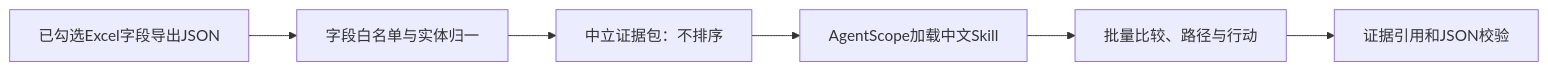
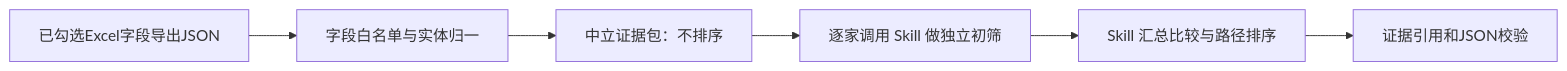
One commit to Zoey0X208/IPO-Agent changed the diagram in README.md. Above: the diagram before and after it, drawn with Mermaid. The commit also changed other lines of this file and 6 other files, not shown here.

````diff
--- a/README.md
+++ b/README.md
@@ -39,8 +40,8 @@
 ```mermaid
 flowchart LR
     A[已勾选Excel字段导出JSON] --> B[字段白名单与实体归一]
     B --> C[中立证据包：不排序]
-    C --> D[AgentScope加载中文Skill]
-    D --> E[批量比较、路径与行动]
+    C --> D[逐家调用 Skill 做独立初筛]
+    D --> E[Skill 汇总比较与路径排序]
     E --> F[证据引用和JSON校验]
 ```
````
